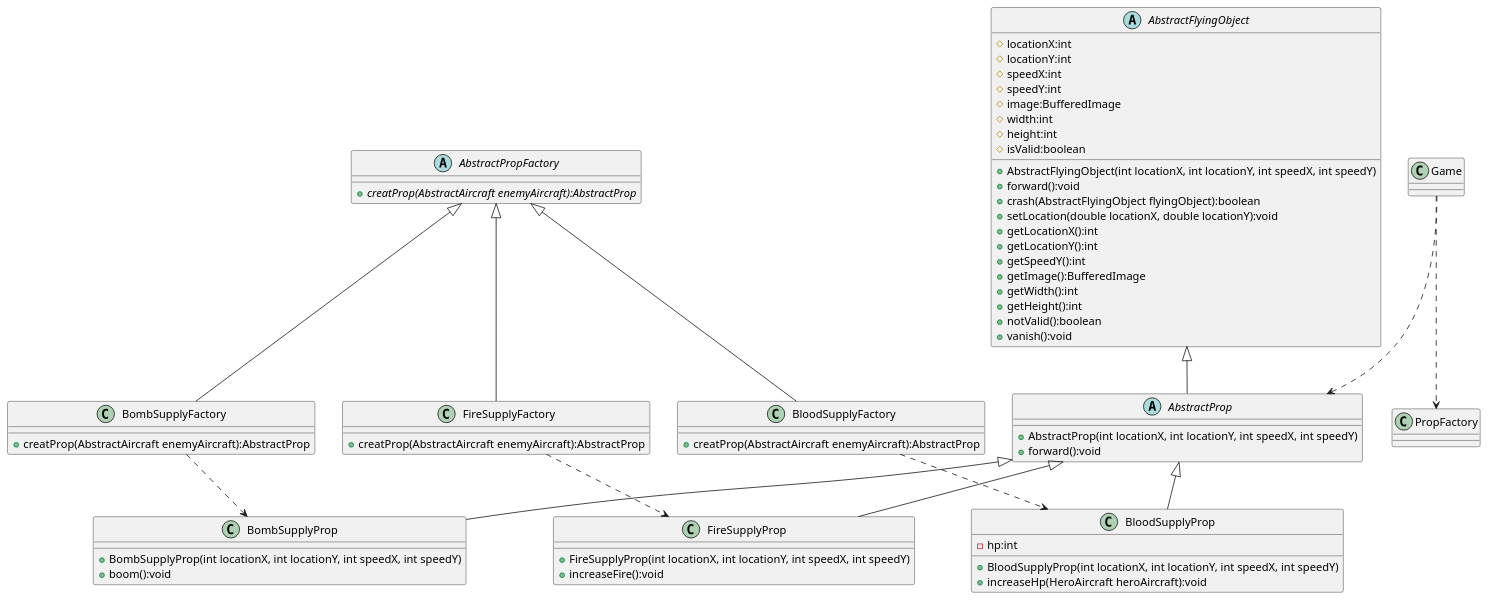
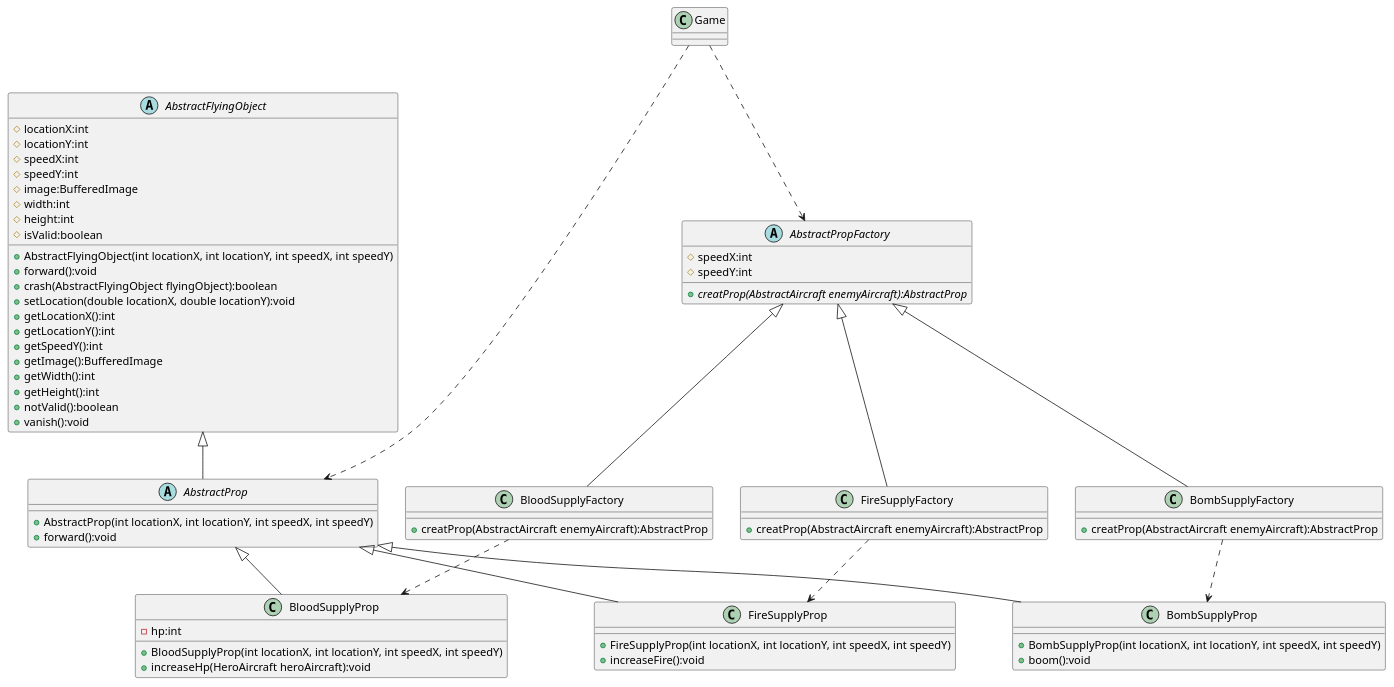
The diagram in uml/PropFactory.puml (Straho-Chen/AircraftWar-base), drawn with PlantUML before and after one commit. The commit also changed 29 other files, not shown here.

```diff
--- a/uml/PropFactory.puml
+++ b/uml/PropFactory.puml
@@ -1,87 +1,89 @@
 @startuml
 'https://plantuml.com/class-diagram
 
 abstract class AbstractPropFactory {
+    # speedX:int
+    # speedY:int
     + {abstract} creatProp(AbstractAircraft enemyAircraft):AbstractProp
 }
 
 class BloodSupplyFactory {
     + creatProp(AbstractAircraft enemyAircraft):AbstractProp
 }
 
 class FireSupplyFactory {
     + creatProp(AbstractAircraft enemyAircraft):AbstractProp
 }
 
 class BombSupplyFactory {
     + creatProp(AbstractAircraft enemyAircraft):AbstractProp
 }
 
 class Game {
 }
 
 abstract class AbstractFlyingObject
 {
     # locationX:int
     # locationY:int
     # speedX:int
     # speedY:int
     # image:BufferedImage
     # width:int
     # height:int
     # isValid:boolean
 
     + AbstractFlyingObject(int locationX, int locationY, int speedX, int speedY)
     + forward():void
     + crash(AbstractFlyingObject flyingObject):boolean
     + setLocation(double locationX, double locationY):void
     + getLocationX():int
     + getLocationY():int
     + getSpeedY():int
     + getImage():BufferedImage
     + getWidth():int
     + getHeight():int
     + notValid():boolean
     + vanish():void
 }
 
 abstract class AbstractProp
 {
     + AbstractProp(int locationX, int locationY, int speedX, int speedY)
     + forward():void
 }
 
 class BloodSupplyProp {
     - hp:int
     + BloodSupplyProp(int locationX, int locationY, int speedX, int speedY)
     + increaseHp(HeroAircraft heroAircraft):void
 }
 
 class FireSupplyProp {
     + FireSupplyProp(int locationX, int locationY, int speedX, int speedY)
     + increaseFire():void
 }
 
 class BombSupplyProp {
     + BombSupplyProp(int locationX, int locationY, int speedX, int speedY)
     + boom():void
 }
 
 AbstractFlyingObject <|-- AbstractProp
 
 AbstractProp <|-- BloodSupplyProp
 AbstractProp <|-- FireSupplyProp
 AbstractProp <|-- BombSupplyProp
 
 AbstractPropFactory <|-- BloodSupplyFactory
 AbstractPropFactory <|-- FireSupplyFactory
 AbstractPropFactory <|-- BombSupplyFactory
 
-Game ..> PropFactory
+Game ..> AbstractPropFactory
 Game ..> AbstractProp
 
 BloodSupplyFactory ..> BloodSupplyProp
 FireSupplyFactory ..> FireSupplyProp
 BombSupplyFactory ..> BombSupplyProp
 
 @enduml
```
